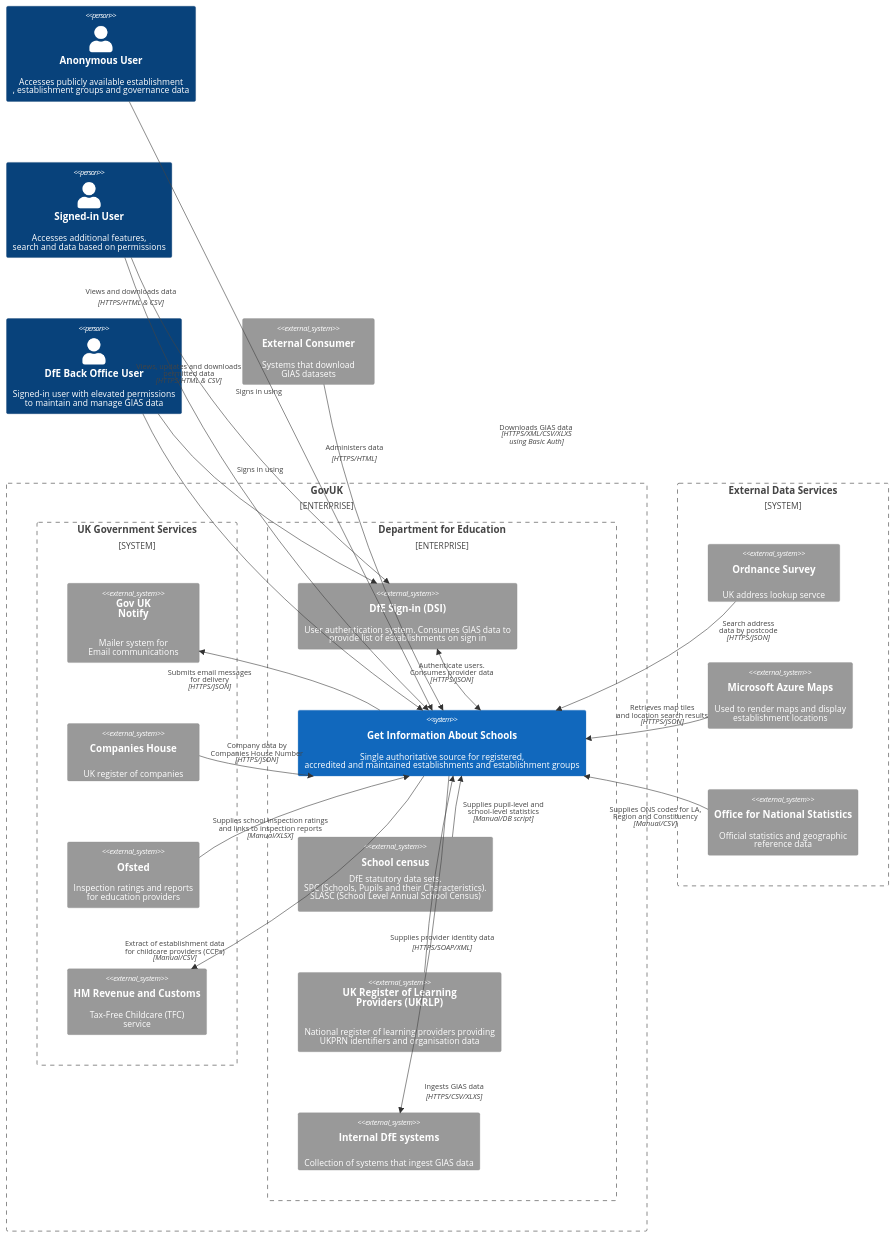
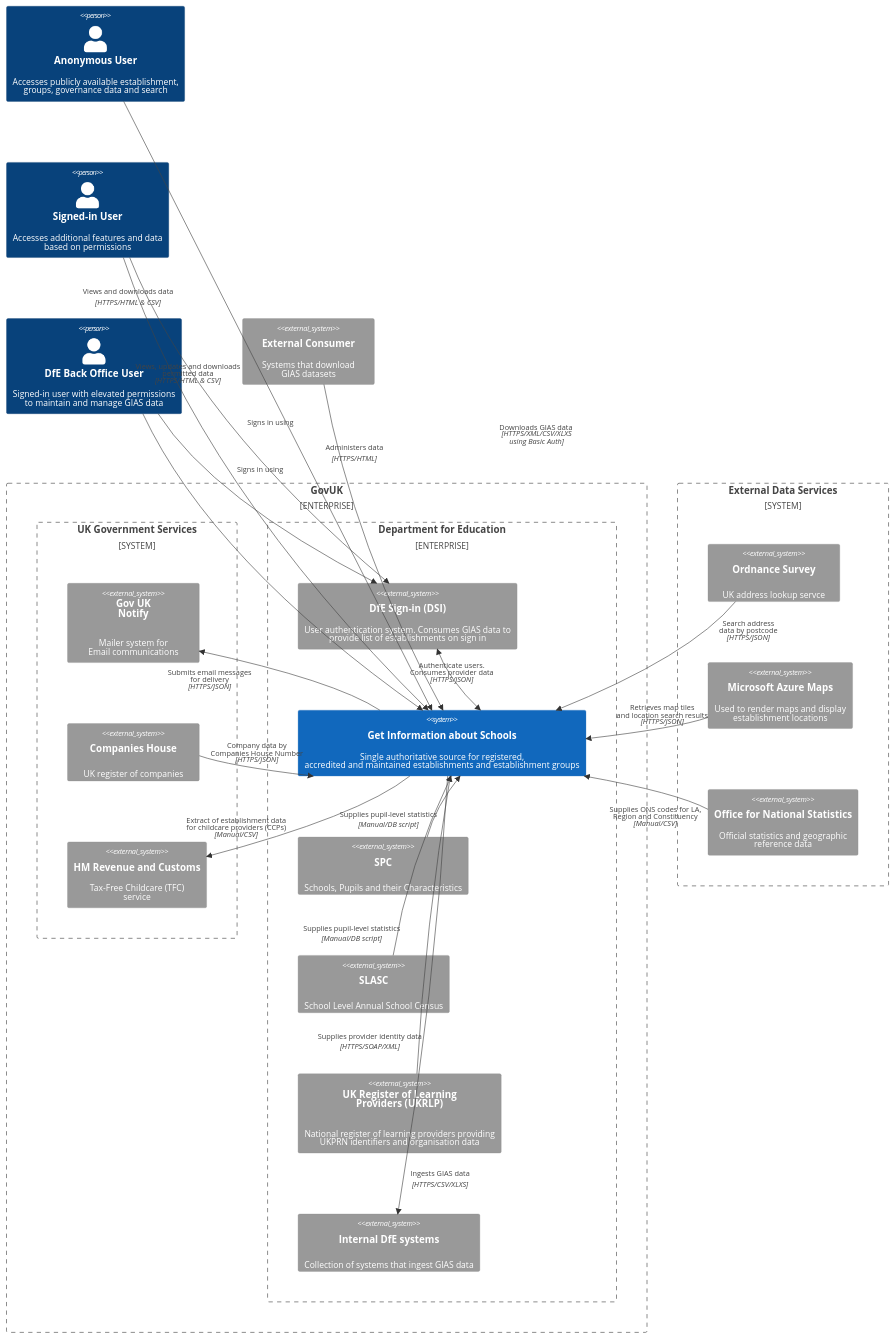
Before and after one commit to DFE-Digital/get-information-about-schools: the diagram in documentation/service/overview.md, drawn with Mermaid. The commit also changed other lines of this file and 3 other files, not shown here.

````diff
--- a/documentation/service/overview.md
+++ b/documentation/service/overview.md
@@ -20,9 +20,9 @@
 ```mermaid
 C4Context
  
-  Person(anonUser, "Anonymous User", "Accesses publicly available establishment<br>, establishment groups and governance data")
+  Person(anonUser, "Anonymous User", "Accesses publicly available establishment, <br>groups, governance data and search")
   
-  Person(authUser, "Signed-in User", "Accesses additional features,<br>search and data based on permissions")
+  Person(authUser, "Signed-in User", "Accesses additional features and data<br> based on permissions")
   
   Person(backOfficeUser, "DfE Back Office User", "Signed-in user with elevated permissions<br> to maintain and manage GIAS data")
 
@@ -34,7 +34,7 @@
       System_Ext(Notify, "Gov UK<br>Notify", "Mailer system for<br>Email communications")
 
       System_Ext(companiesHouse, "Companies House", "UK register of companies")
-      System_Ext(ofsted, "Ofsted", "Inspection ratings and reports<br>for education providers")
+
       System_Ext(hmrc, "HM Revenue and Customs", "Tax-Free Childcare (TFC)<br>service")
     }
 
@@ -42,16 +42,16 @@
 
       System_Ext(DfESignIn, "DfE Sign-in (DSI)", "User authentication system. Consumes GIAS data to <br>provide list of establishments on sign in")
 
-      System(GIAS, "Get Information About Schools", "Single authoritative source for registered,<br> accredited and maintained establishments and establishment groups")
+      System(GIAS, "Get Information about Schools", "Single authoritative source for registered,<br> accredited and maintained establishments and establishment groups")
       
-      System_Ext(schoolCensus,"School census","DfE statutory data sets.<br>SPC (Schools, Pupils and their Characteristics).<br>SLASC (School Level Annual School Census) ")
+      System_Ext(spc,"SPC","Schools, Pupils and their Characteristics")
+
+      System_Ext(slasc,"SLASC","School Level Annual School Census")
 
       System_Ext(ukrlp, "UK Register of Learning<br>Providers (UKRLP)", "National register of learning providers providing<br>UKPRN identifiers and organisation data")
 
       System_Ext(internal, "Internal DfE systems","Collection of systems that ingest GIAS data")
-
     }
-
   }
 
   System_Boundary(external, "External Data Services") {
@@ -72,45 +72,42 @@
 
   BiRel(DfESignIn, GIAS, "Authenticate users.<br>Consumes provider data", "HTTPS/JSON")
 
-  Rel(schoolCensus, GIAS, "Supplies pupil-level and<br>school-level statistics", "Manual/DB script")
   Rel(ukrlp, GIAS, "Supplies provider identity data", "HTTPS/SOAP/XML")
-
   Rel(GIAS, Notify, "Submits email messages<br>for delivery", "HTTPS/JSON")
-
   Rel(ordnanceSurvey, GIAS, "Search address<br>data by postcode", "HTTPS/JSON")
   Rel(azureMaps,GIAS, "Retrieves map tiles<br>and location search results", "HTTPS/JSON")
   Rel(ons,GIAS,"Supplies ONS codes for LA,<br>Region and Constituency","Manual/CSV")
-
-
   Rel(companiesHouse, GIAS,"Company data by<br>Companies House Number", "HTTPS/JSON")
-  Rel(ofsted,GIAS,"Supplies school inspection ratings<br>and links to inspection reports","Manual/XLSX")
   Rel(GIAS, hmrc, "Extract of establishment data<br>for childcare providers (CCPs)", "Manual/CSV")
-
   Rel(GIAS, internal, "Ingests GIAS data", "HTTPS/CSV/XLXS")
+  Rel(spc, GIAS, "Supplies pupil-level statistics", "Manual/DB script")
+  Rel(slasc, GIAS, "Supplies pupil-level statistics", "Manual/DB script")
 
   UpdateRelStyle(anonUser, GIAS, $offsetX="-320", $offsetY="-190")
   UpdateRelStyle(authUser, GIAS, $offsetX="-230", $offsetY="-190")
   UpdateRelStyle(backOfficeUser, GIAS, $offsetX="70", $offsetY="-190")
   UpdateRelStyle(externalSystems, GIAS, $offsetX="190", $offsetY="-200") 
 
-  UpdateRelStyle(authUser, DfESignIn, $offsetX="-40", $offsetY="-50") 
+  UpdateRelStyle(authUser, DfESignIn, $offsetX="-20", $offsetY="-0") 
   UpdateRelStyle(backOfficeUser, DfESignIn, $offsetX="-50", $offsetY="-50") 
 
   UpdateRelStyle(DfESignIn, GIAS, $offsetX="-80", $offsetY="-20") 
   UpdateRelStyle(schoolCensus, GIAS, $offsetX="10", $offsetY="0") 
-  UpdateRelStyle(ukrlp, GIAS, $offsetX="-80", $offsetY="100") 
+  UpdateRelStyle(ukrlp, GIAS, $offsetX="-190", $offsetY="180") 
   UpdateRelStyle(GIAS, Notify, $offsetX="-200", $offsetY="-10") 
+
+  UpdateRelStyle(spc, GIAS, $offsetX="-170", $offsetY="10") 
+  UpdateRelStyle(slasc, GIAS, $offsetX="-195", $offsetY="100") 
 
   UpdateRelStyle(ordnanceSurvey, GIAS, $offsetX="120", $offsetY="-50") 
   UpdateRelStyle(azureMaps,GIAS, $offsetX="-50", $offsetY="-30") 
   UpdateRelStyle(ons, GIAS, $offsetX="-60", $offsetY="30") 
 
-  UpdateRelStyle(GIAS, hmrc, $offsetX="-300", $offsetY="120") 
+  UpdateRelStyle(GIAS, hmrc, $offsetX="-200", $offsetY="10") 
 
   UpdateRelStyle(companiesHouse, GIAS, $offsetX="-75", $offsetY="-30") 
-  UpdateRelStyle(ofsted, GIAS, $offsetX="-150", $offsetY="10") 
 
-  UpdateRelStyle(GIAS, internal, $offsetX="0", $offsetY="230") 
+  UpdateRelStyle(GIAS, internal, $offsetX="-20", $offsetY="290") 
 
 
 ```
````
